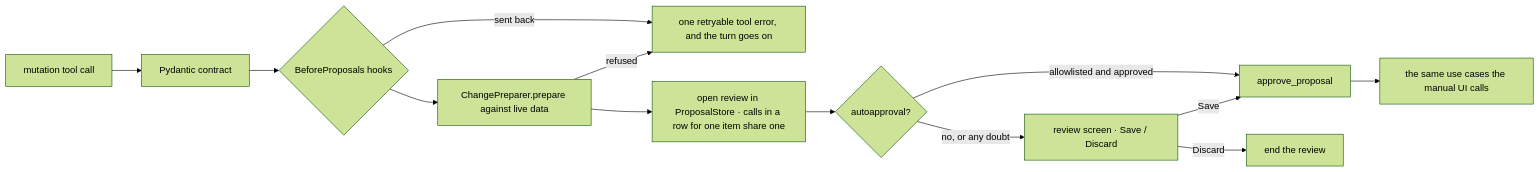
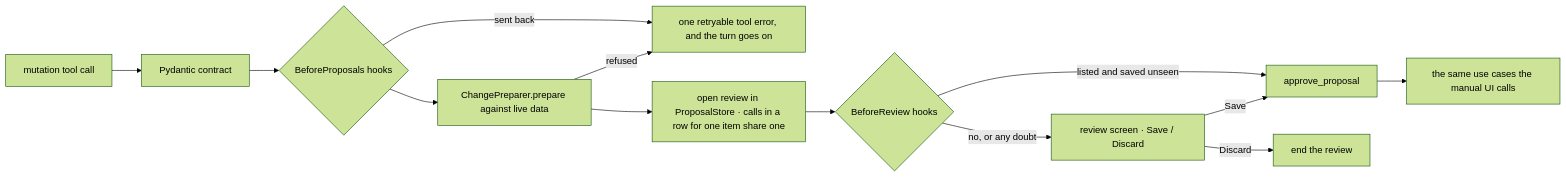
Before and after one commit to myvaheed/tg-ai-safwa: the eighth of 13 diagrams in docs/AGENT_ARCH.md, drawn with Mermaid (forest theme). The commit also changed other lines of this file and 40 other files, not shown here.

````diff
--- a/docs/AGENT_ARCH.md
+++ b/docs/AGENT_ARCH.md
@@ -401,15 +402,15 @@
 ```mermaid
 flowchart LR
     T[mutation tool call] --> C[Pydantic contract]
     C --> BP{BeforeProposals hooks}
     BP -->|sent back| ERR[one retryable tool error, and the turn goes on]
     BP --> P[ChangePreparer.prepare against live data]
     P -->|refused| ERR
     P --> R[open review in ProposalStore · calls in a row for one item share one]
-    R --> AUTO{autoapproval?}
-    AUTO -->|allowlisted and approved| APPLY
+    R --> AUTO{BeforeReview hooks}
+    AUTO -->|listed and saved unseen| APPLY
     AUTO -->|no, or any doubt| SCREEN[review screen · Save / Discard]
     SCREEN -->|Save| APPLY[approve_proposal]
     SCREEN -->|Discard| REJ[end the review]
     APPLY --> DOM[the same use cases the manual UI calls]
 ```
````
